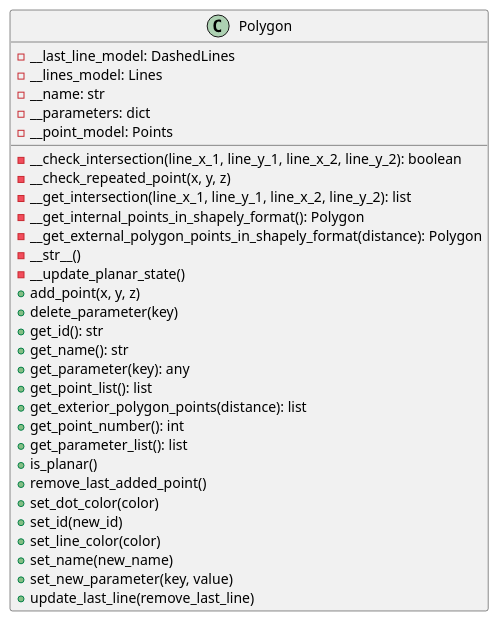
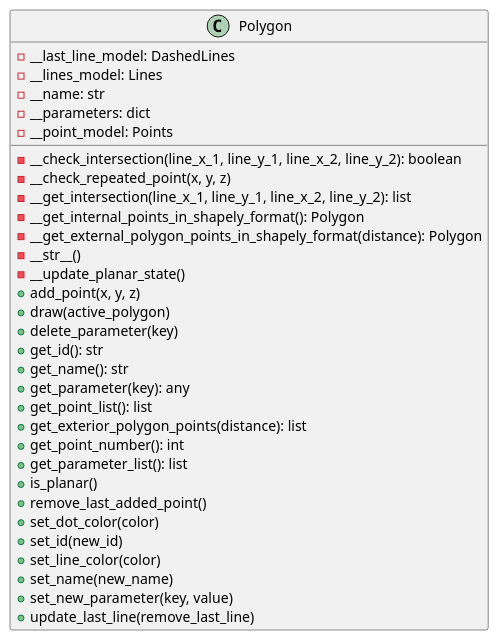
The diagram in docs/classes/Polygon.puml (ferpoble2/Relief_Creator), drawn with PlantUML before and after one commit. The commit also changed 4 other files, not shown here.

```diff
--- a/docs/classes/Polygon.puml
+++ b/docs/classes/Polygon.puml
@@ -1,36 +1,37 @@
 @startuml
                 class Polygon {
                     - __last_line_model: DashedLines
                     - __lines_model: Lines
                     - __name: str
                     - __parameters: dict
                     - __point_model: Points
 
 
                     - __check_intersection(line_x_1, line_y_1, line_x_2, line_y_2): boolean
                     - __check_repeated_point(x, y, z)
                     - __get_intersection(line_x_1, line_y_1, line_x_2, line_y_2): list
                     - __get_internal_points_in_shapely_format(): Polygon
                     - __get_external_polygon_points_in_shapely_format(distance): Polygon
                     - __str__()
                     - __update_planar_state()
                     + add_point(x, y, z)
+                    + draw(active_polygon)
                     + delete_parameter(key)
                     + get_id(): str
                     + get_name(): str
                     + get_parameter(key): any
                     + get_point_list(): list
                     + get_exterior_polygon_points(distance): list
                     + get_point_number(): int
                     + get_parameter_list(): list
                     + is_planar()
                     + remove_last_added_point()
                     + set_dot_color(color)
                     + set_id(new_id)
                     + set_line_color(color)
                     + set_name(new_name)
                     + set_new_parameter(key, value)
                     + update_last_line(remove_last_line)
                 }
 
 @enduml
```
